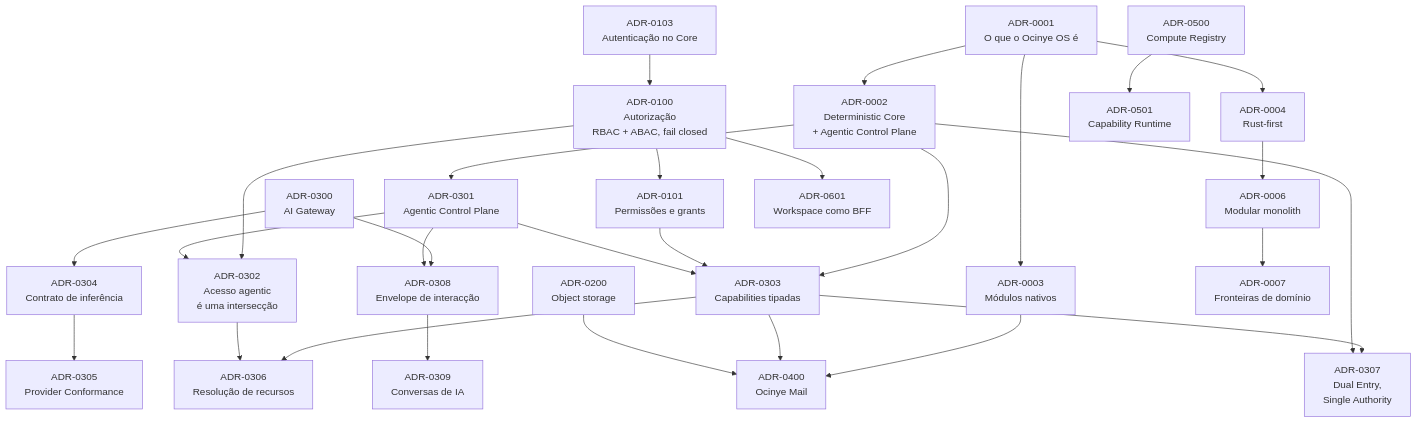
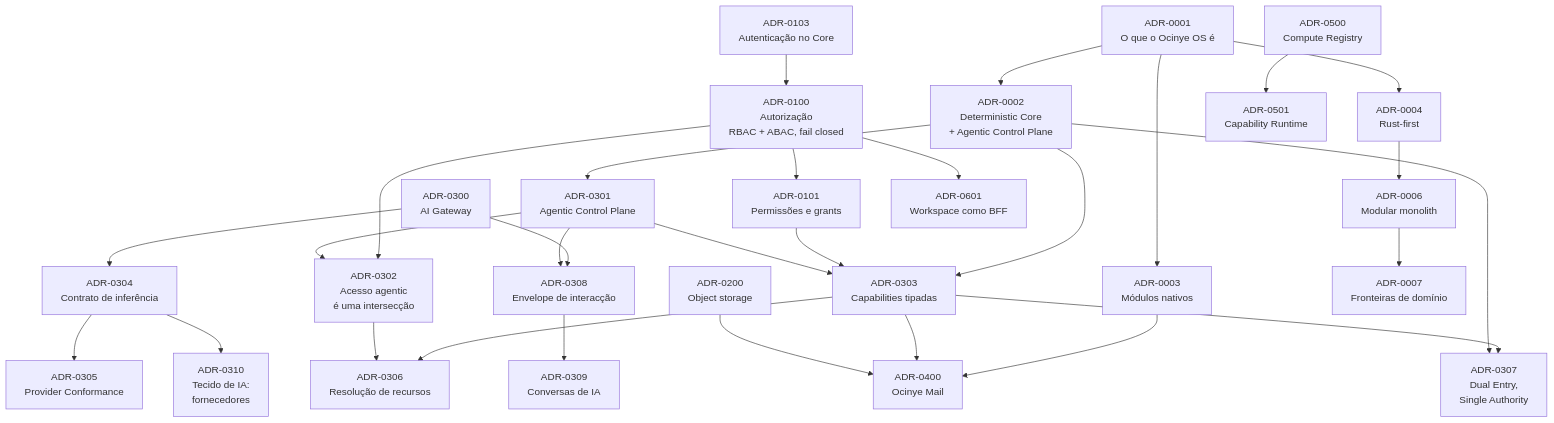
The diagram in docs/adrs/README.md (Ocinye/ocinye-os), drawn with Mermaid before and after one commit. The commit also changed other lines of this file and 21 other files, not shown here.

````diff
--- a/docs/adrs/README.md
+++ b/docs/adrs/README.md
@@ -38,58 +38,60 @@
 ```mermaid
 flowchart TB
     A0001["ADR-0001<br/>O que o Ocinye OS é"]
     A0002["ADR-0002<br/>Deterministic Core<br/>+ Agentic Control Plane"]
     A0003["ADR-0003<br/>Módulos nativos"]
     A0004["ADR-0004<br/>Rust-first"]
     A0100["ADR-0100<br/>Autorização<br/>RBAC + ABAC, fail closed"]
 
     A0006["ADR-0006<br/>Modular monolith"]
     A0101["ADR-0101<br/>Permissões e grants"]
     A0103["ADR-0103<br/>Autenticação no Core"]
     A0200["ADR-0200<br/>Object storage"]
     A0300["ADR-0300<br/>AI Gateway"]
     A0301["ADR-0301<br/>Agentic Control Plane"]
     A0302["ADR-0302<br/>Acesso agentic<br/>é uma intersecção"]
     A0303["ADR-0303<br/>Capabilities tipadas"]
     A0304["ADR-0304<br/>Contrato de inferência"]
     A0305["ADR-0305<br/>Provider Conformance"]
     A0306["ADR-0306<br/>Resolução de recursos"]
     A0307["ADR-0307<br/>Dual Entry,<br/>Single Authority"]
     A0308["ADR-0308<br/>Envelope de interacção"]
     A0309["ADR-0309<br/>Conversas de IA"]
+    A0310["ADR-0310<br/>Tecido de IA:<br/>fornecedores"]
     A0400["ADR-0400<br/>Ocinye Mail"]
     A0500["ADR-0500<br/>Compute Registry"]
     A0501["ADR-0501<br/>Capability Runtime"]
     A0601["ADR-0601<br/>Workspace como BFF"]
 
     A0001 --> A0002
     A0001 --> A0003
     A0001 --> A0004
     A0002 --> A0301
     A0002 --> A0303
     A0003 --> A0400
     A0004 --> A0006
     A0006 --> A0007["ADR-0007<br/>Fronteiras de domínio"]
 
     A0100 --> A0101
     A0100 --> A0302
     A0100 --> A0601
     A0101 --> A0303
     A0103 --> A0100
 
     A0300 --> A0304
     A0304 --> A0305
     A0300 --> A0308
     A0301 --> A0308
     A0308 --> A0309
+    A0304 --> A0310
     A0303 --> A0306
     A0302 --> A0306
     A0301 --> A0302
     A0301 --> A0303
     A0303 --> A0307
     A0002 --> A0307
     A0303 --> A0400
 
     A0200 --> A0400
     A0500 --> A0501
 ```
````
